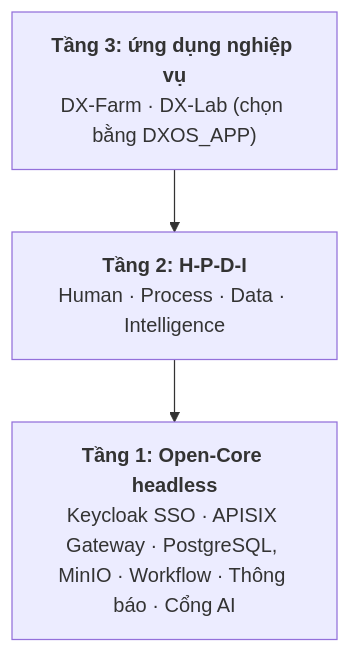
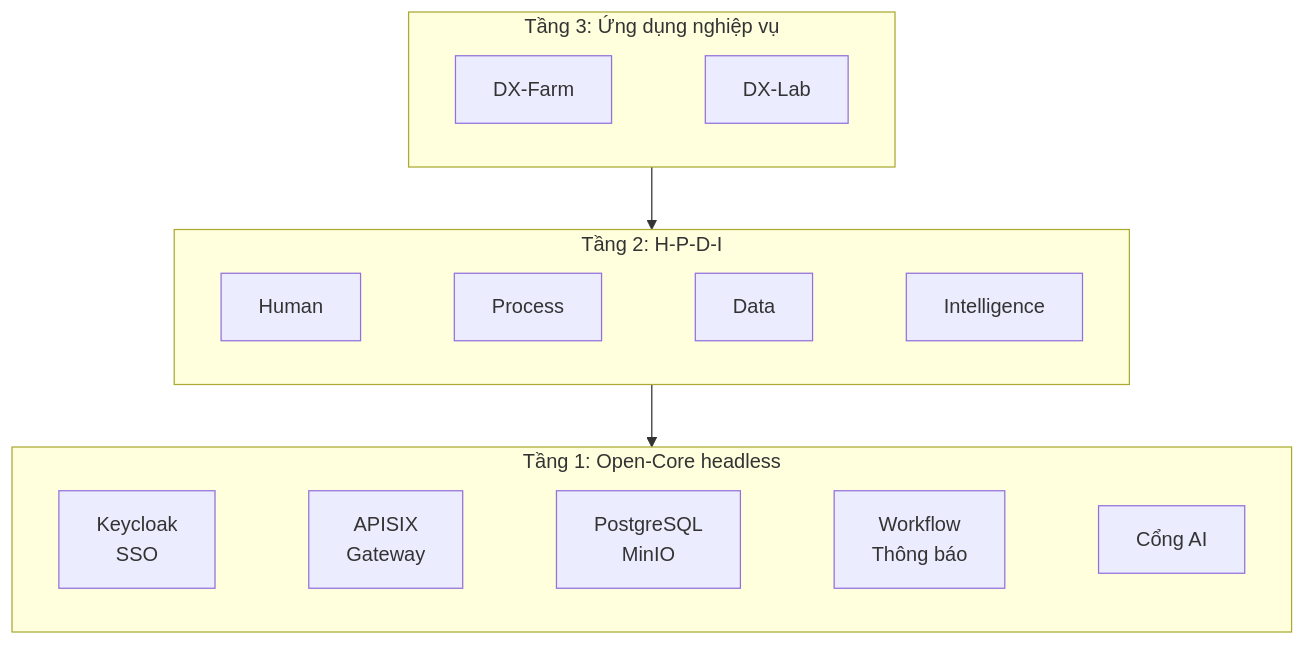
Before and after one commit to HaUI-ImplSolution/DX-OS: the diagram in README.md, drawn with Mermaid. The commit also changed other lines of this file and 1 other file, not shown here.

````diff
--- a/README.md
+++ b/README.md
@@ -17,7 +56,16 @@
 ```mermaid
 flowchart TB
-  T3["<b>Tầng 3: ứng dụng nghiệp vụ</b><br/>DX-Farm · DX-Lab (chọn bằng DXOS_APP)"]
-  T2["<b>Tầng 2: H-P-D-I</b><br/>Human · Process · Data · Intelligence"]
-  T1["<b>Tầng 1: Open-Core headless</b><br/>Keycloak SSO · APISIX Gateway · PostgreSQL, MinIO · Workflow · Thông báo · Cổng AI"]
+  subgraph T3["Tầng 3: Ứng dụng nghiệp vụ"]
+    direction LR
+    FARM["DX-Farm"] ~~~ LAB["DX-Lab"]
+  end
+  subgraph T2["Tầng 2: H-P-D-I"]
+    direction LR
+    H["Human"] ~~~ P["Process"] ~~~ D["Data"] ~~~ I["Intelligence"]
+  end
+  subgraph T1["Tầng 1: Open-Core headless"]
+    direction LR
+    SSO["Keycloak<br/>SSO"] ~~~ GW["APISIX<br/>Gateway"] ~~~ DATA["PostgreSQL<br/>MinIO"] ~~~ WF["Workflow<br/>Thông báo"] ~~~ AI["Cổng AI"]
+  end
   T3 --> T2 --> T1
 ```
````
